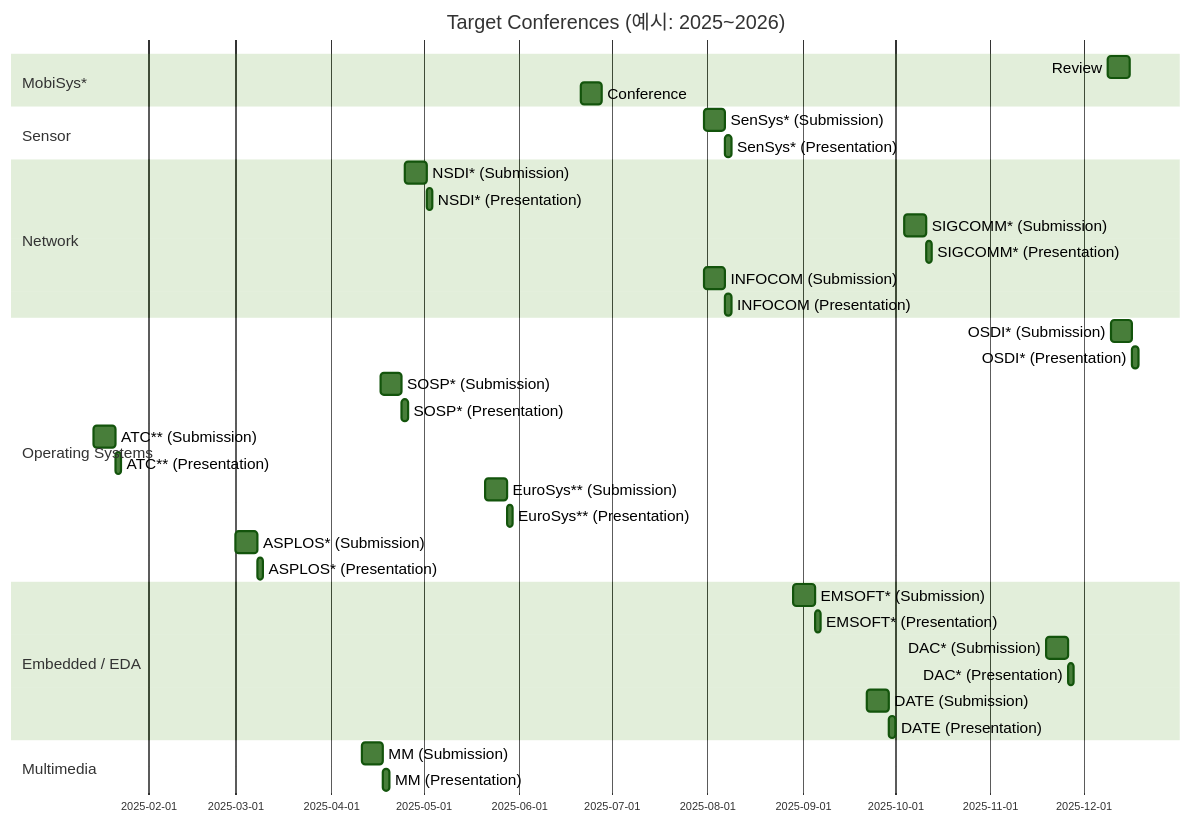
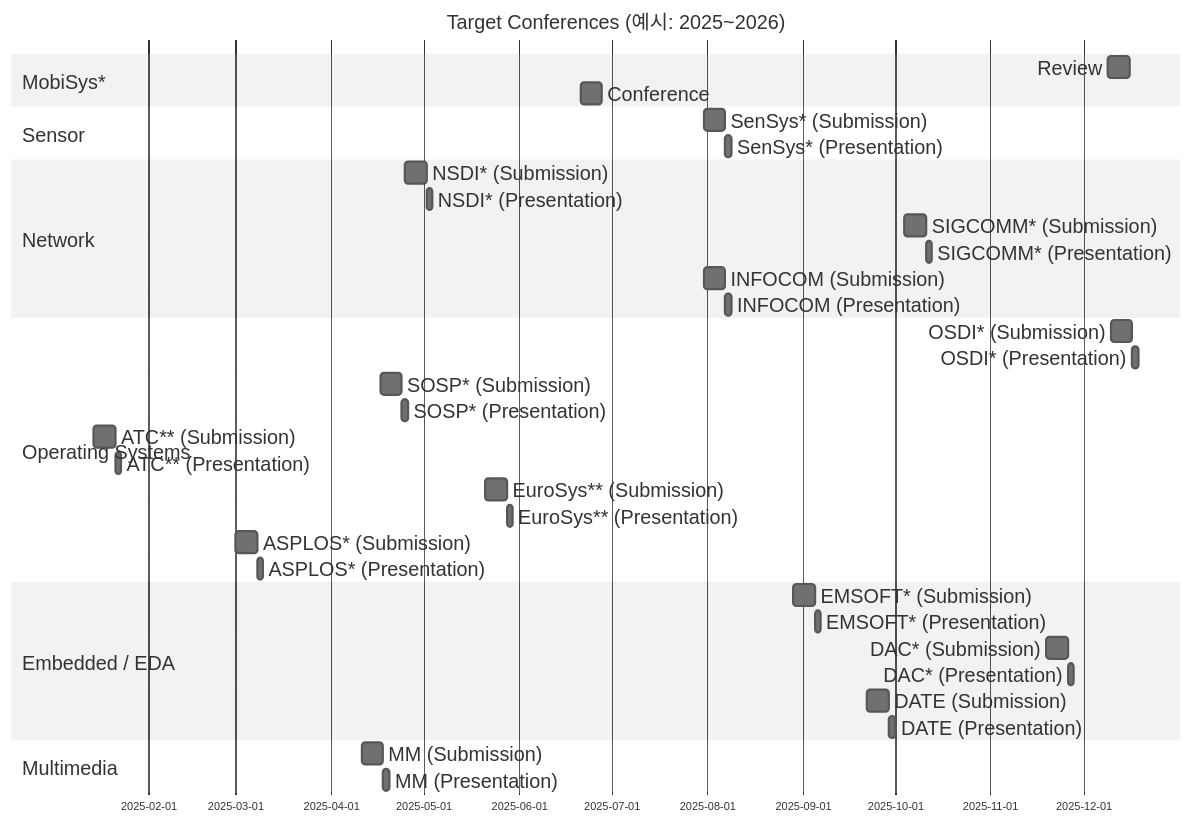
One commit to iamseonghoon/Mobile-Systems-Conference-Timelines changed the diagram in README.md. Above: the diagram before and after it, drawn with Mermaid.

````diff
--- a/README.md
+++ b/README.md
@@ -5,69 +5,69 @@
 ```mermaid
-%%{init: {'theme': 'forest',
-'themeVariables': { 'fontSize': '12px', 'fontFamily': 'sans-serif'},
+%%{init: {'theme': 'neutral',
+'themeVariables': { 'fontSize': '18px', 'fontFamily': 'sans-serif'},
 "gantt": {
-      "fontSize": 14,
-      "sectionFontSize": 14
+      "fontSize": 18,
+      "sectionFontSize": 18
   }}}%%
 gantt
     dateFormat  YYYY-MM-DD
     title Target Conferences (예시: 2025~2026)
 
     %% --------------------------
     %% Mobile
     %% --------------------------
     section MobiSys*
     Review          :mobisys-review,    2025-12-09, 7d
     Conference      :mobisys-conf,    2025-06-21, 7d
 
     %% --------------------------
     %% Sensor
     %% --------------------------
     section Sensor
     SenSys* (Submission)        :sens-sub,  2025-07-31, 7d
     SenSys* (Presentation)      :sens-pres, after sens-sub, 2d
 
     %% --------------------------
     %% Network
     %% --------------------------
     section Network
     NSDI* (Submission)          :nsdi-sub,  2025-04-25, 7d
     NSDI* (Presentation)        :nsdi-pres, after nsdi-sub, 2d
     SIGCOMM* (Submission)       :sig-sub,   2025-10-04, 7d
     SIGCOMM* (Presentation)     :sig-pres,  after sig-sub, 2d
     INFOCOM (Submission)        :info-sub,  2025-07-31, 7d
     INFOCOM (Presentation)      :info-pres, after info-sub, 2d
 
     %% --------------------------
     %% Operating Systems
     %% --------------------------
     section Operating Systems
     OSDI* (Submission)          :osdi-sub,  2025-12-10, 7d
     OSDI* (Presentation)        :osdi-pres, after osdi-sub, 2d
     SOSP* (Submission)          :sosp-sub,  2025-04-17, 7d
     SOSP* (Presentation)        :sosp-pres, after sosp-sub, 2d
     ATC** (Submission)          :atc-sub,   2025-01-14, 7d
     ATC** (Presentation)        :atc-pres,  after atc-sub, 2d
     EuroSys** (Submission)      :euros-sub, 2025-05-21, 7d
     EuroSys** (Presentation)    :euros-pres,after euros-sub, 2d
     ASPLOS* (Submission)        :aspl-sub,  2025-03-01, 7d
     ASPLOS* (Presentation)      :aspl-pres, after aspl-sub, 2d
 
     %% --------------------------
     %% Embedded / EDA
     %% --------------------------
     section Embedded / EDA
     EMSOFT* (Submission)        :ems-sub,   2025-08-29, 7d
     EMSOFT* (Presentation)      :ems-pres,  after ems-sub, 2d
     DAC* (Submission)           :dac-sub,   2025-11-19, 7d
     DAC* (Presentation)         :dac-pres,  after dac-sub, 2d
     DATE (Submission)           :date-sub,  2025-09-22, 7d
     DATE (Presentation)         :date-pres, after date-sub, 2d
 
     %% --------------------------
     %% Multimedia
     %% --------------------------
     section Multimedia
     MM (Submission)             :mm-sub,    2025-04-11, 7d
     MM (Presentation)           :mm-pres,   after mm-sub, 2d
 ```
````
